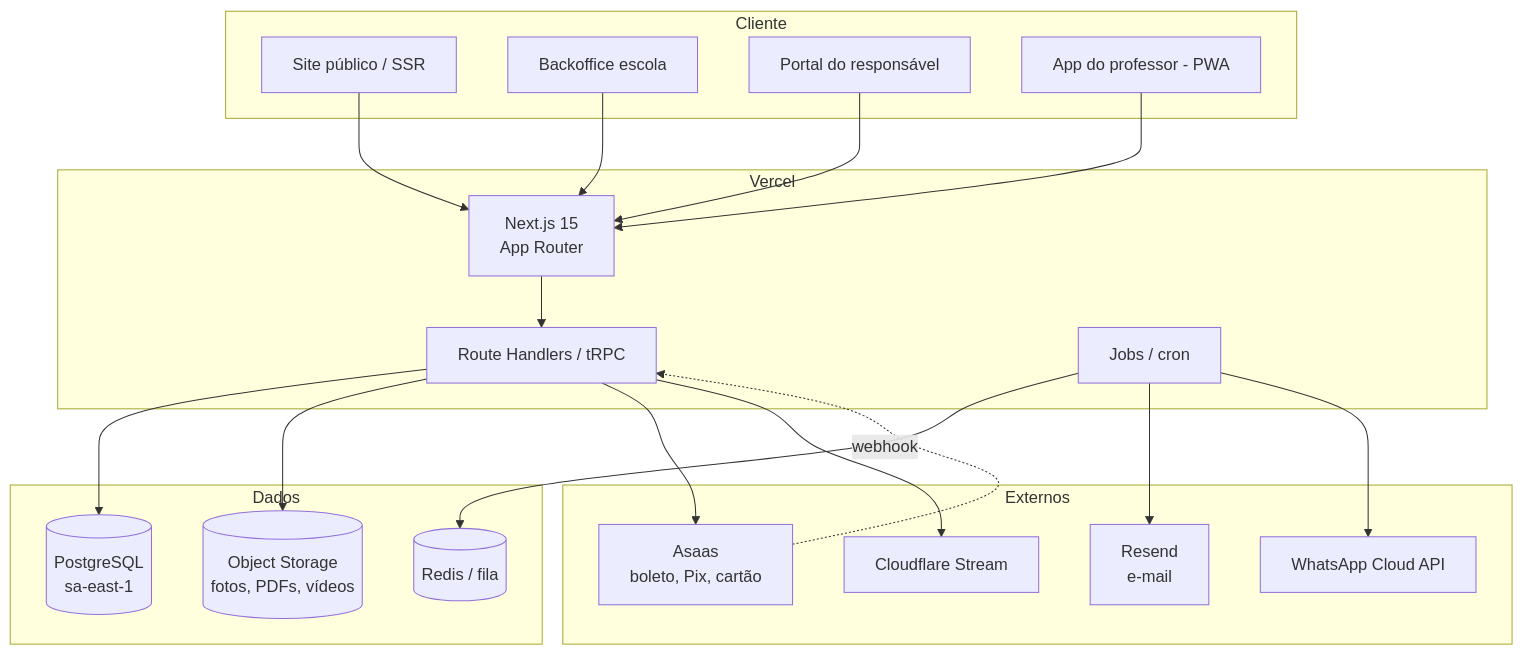
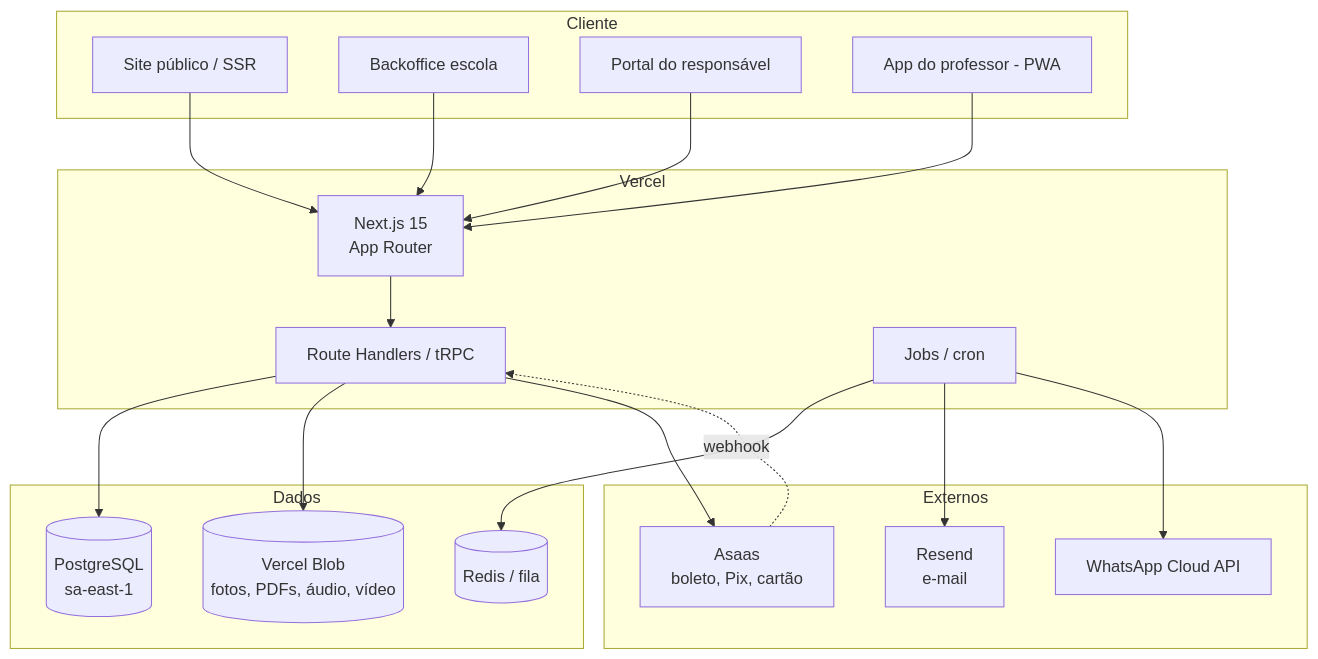
The diagram in docs/06-arquitetura.md (Autoric-Automation-Systems/nextgen), drawn with Mermaid before and after one commit. The commit also changed other lines of this file and 5 other files, not shown here.

First line of the commit message:
docs: troca storage para Vercel Blob com stores publico e privado

````diff
--- a/docs/06-arquitetura.md
+++ b/docs/06-arquitetura.md
@@ -9,41 +9,39 @@
 ```mermaid
 flowchart TB
     subgraph Cliente
         W[Site público / SSR]
         A[Backoffice escola]
         P[Portal do responsável]
         F[App do professor - PWA]
     end
 
     subgraph Vercel
         N[Next.js 15<br/>App Router]
         R[Route Handlers / tRPC]
         J[Jobs / cron]
     end
 
     subgraph Dados
         PG[(PostgreSQL<br/>sa-east-1)]
-        S3[(Object Storage<br/>fotos, PDFs, vídeos)]
+        BL[(Vercel Blob<br/>fotos, PDFs, áudio, vídeo)]
         RD[(Redis / fila)]
     end
 
     subgraph Externos
         AS[Asaas<br/>boleto, Pix, cartão]
         RS[Resend<br/>e-mail]
         WA[WhatsApp Cloud API]
-        ST[Cloudflare Stream]
     end
 
     W --> N
     A --> N
     P --> N
     F --> N
     N --> R --> PG
-    R --> S3
+    R --> BL
     J --> RD
     R --> AS
     AS -. webhook .-> R
     J --> RS
     J --> WA
-    R --> ST
 ```
````
